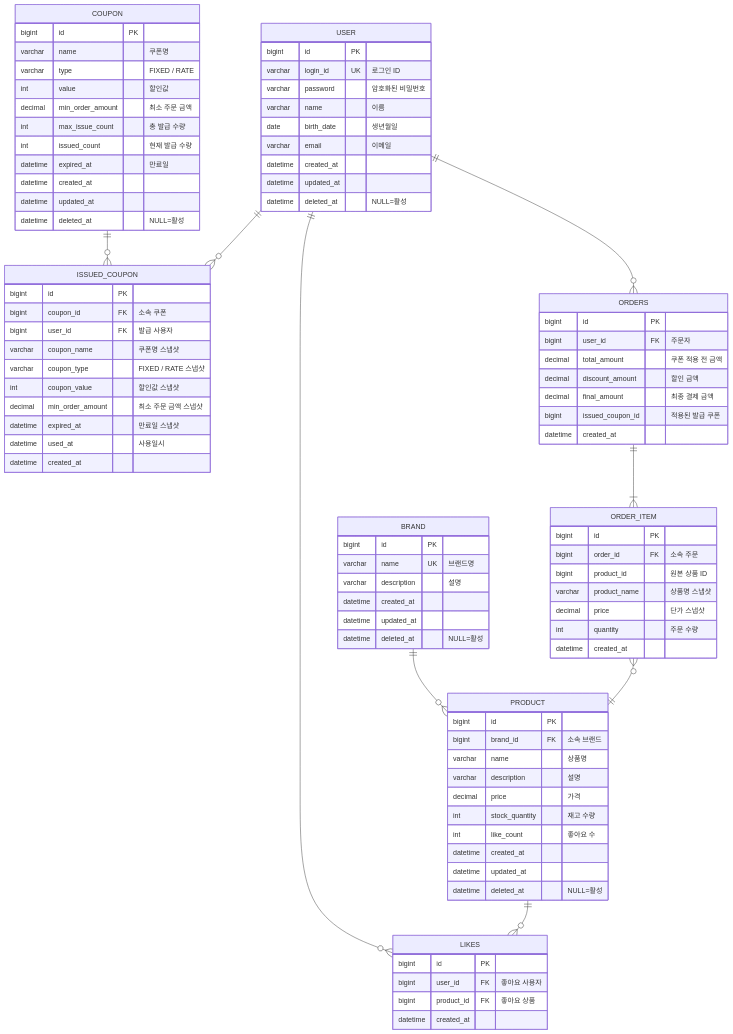
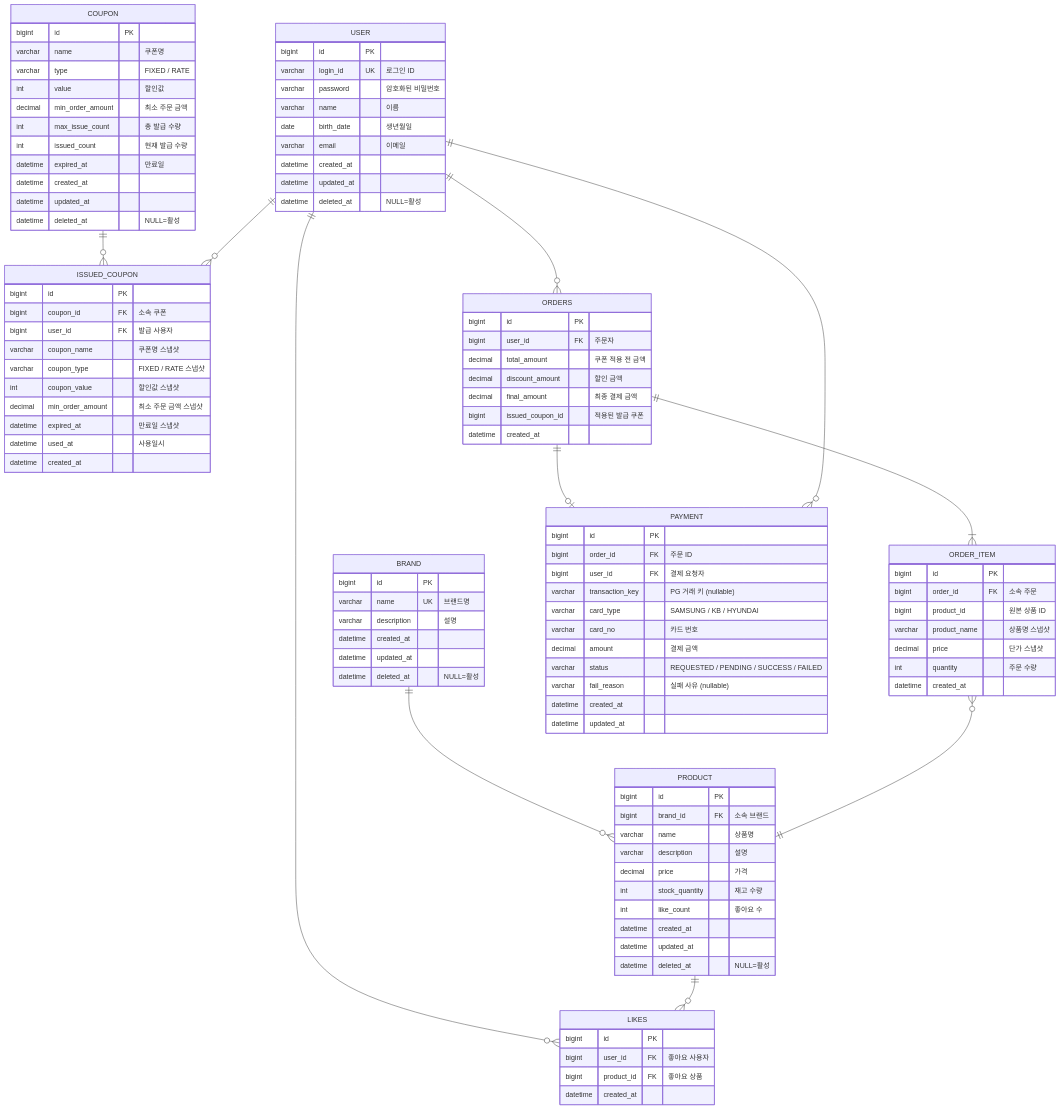
One commit to Loopers-dev-lab/loop-pack-be-l2-vol3-java changed the diagram in docs/design/erd.md. Above: the diagram before and after it, drawn with Mermaid. The commit also changed other lines of this file and 12 other files, not shown here.

````diff
--- a/docs/design/erd.md
+++ b/docs/design/erd.md
@@ -95,6 +95,20 @@
         datetime created_at
     }
 
+    PAYMENT {
+        bigint id PK
+        bigint order_id FK "주문 ID"
+        bigint user_id FK "결제 요청자"
+        varchar transaction_key "PG 거래 키 (nullable)"
+        varchar card_type "SAMSUNG / KB / HYUNDAI"
+        varchar card_no "카드 번호"
+        decimal amount "결제 금액"
+        varchar status "REQUESTED / PENDING / SUCCESS / FAILED"
+        varchar fail_reason "실패 사유 (nullable)"
+        datetime created_at
+        datetime updated_at
+    }
+
     BRAND ||--o{ PRODUCT : ""
     USER ||--o{ LIKES : ""
     PRODUCT ||--o{ LIKES : ""
@@ -103,4 +117,6 @@
     USER ||--o{ ORDERS : ""
     ORDERS ||--|{ ORDER_ITEM : ""
     ORDER_ITEM }o--|| PRODUCT : ""
+    ORDERS ||--o| PAYMENT : ""
+    PAYMENT }o--|| USER : ""
 ```
````
